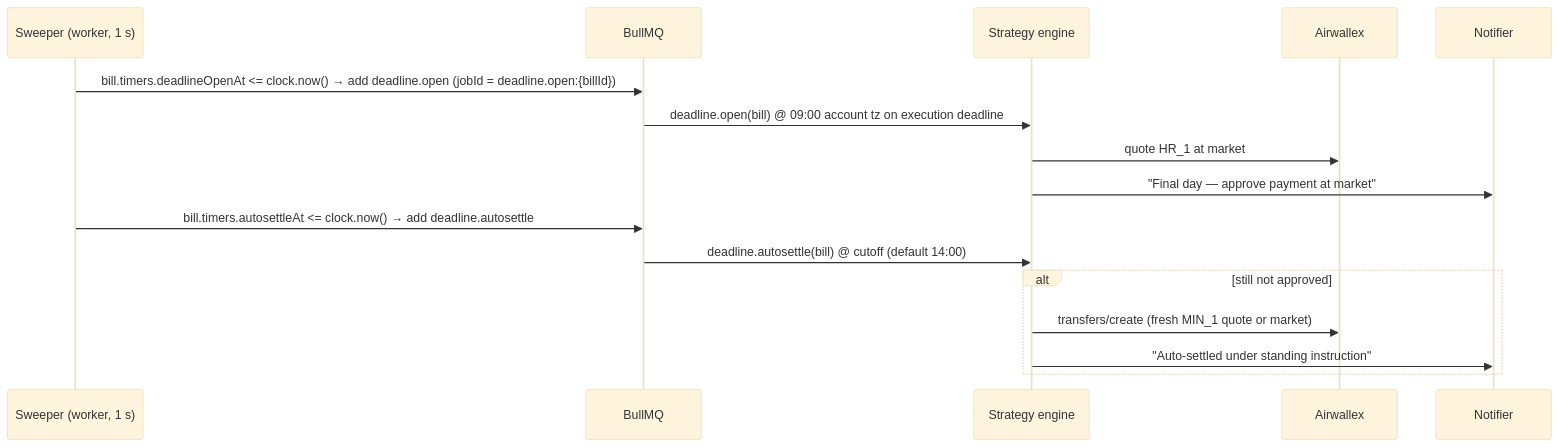
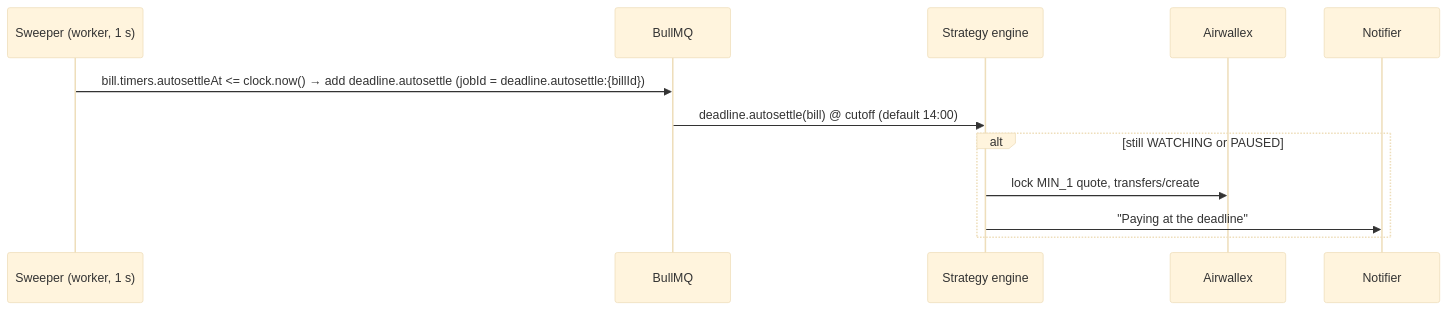
One commit to awx-devx/airwallex-fx-target-payment changed the fourth of 4 diagrams in docs/02-architecture.md. Above: the diagram before and after it, drawn with Mermaid (base theme). The commit also changed other lines of this file and 79 other files, not shown here.

````diff
--- a/docs/02-architecture.md
+++ b/docs/02-architecture.md
@@ -238,18 +233,14 @@
 ```mermaid
 sequenceDiagram
   participant S as Sweeper (worker, 1 s)
   participant Q as BullMQ
   participant SE as Strategy engine
   participant AWX as Airwallex
   participant N as Notifier
-  S->>Q: bill.timers.deadlineOpenAt <= clock.now() → add deadline.open (jobId = deadline.open:{billId})
-  Q->>SE: deadline.open(bill) @ 09:00 account tz on execution deadline
-  SE->>AWX: quote HR_1 at market
-  SE->>N: "Final day — approve payment at market"
-  S->>Q: bill.timers.autosettleAt <= clock.now() → add deadline.autosettle
+  S->>Q: bill.timers.autosettleAt <= clock.now() → add deadline.autosettle (jobId = deadline.autosettle:{billId})
   Q->>SE: deadline.autosettle(bill) @ cutoff (default 14:00)
-  alt still not approved
-    SE->>AWX: transfers/create (fresh MIN_1 quote or market)
-    SE->>N: "Auto-settled under standing instruction"
+  alt still WATCHING or PAUSED
+    SE->>AWX: lock MIN_1 quote, transfers/create
+    SE->>N: "Paying at the deadline"
   end
 ```
````
